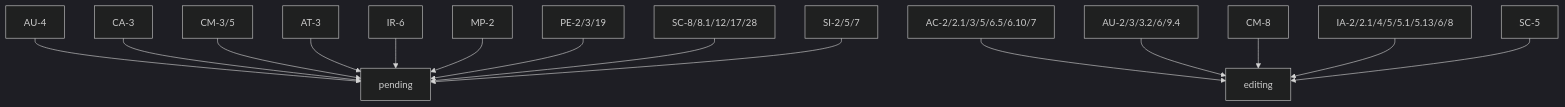
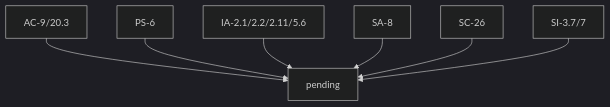
One commit to GoogleCloudPlatform/pbmm-on-gcp-onboarding changed the second of 2 diagrams in docs/google-cloud-security-controls.md. Above: the diagram before and after it, drawn with Mermaid (dark theme). The commit also changed other lines of this file, not shown here.

Commit message:
#2 - p1 remaining security controls AC-9 AC-20.3

````diff
--- a/docs/google-cloud-security-controls.md
+++ b/docs/google-cloud-security-controls.md
@@ -95,27 +94,12 @@
 ```mermaid
 graph TD;
-    AU-4-->pending;
-    CA-3-->pending;
-    CM-3/5-->pending;
+    AC-9/20.3-->pending;
+    PS-6-->pending;
+    IA-2.1/2.2/2.11/5.6-->pending;
     
-    AC-2/2.1/3/5/6.5/6.10/7-->editing;
-    AT-3-->pending;
-    AU-2/3/3.2/6/9.4-->editing;
-
-    CM-8-->editing;
-
-    IA-2/2.1/4/5/5.1/5.13/6/8-->editing;
-    
-    IR-6-->pending;
-    MP-2-->pending;
-    PE-2/3/19-->pending;
-    
-    SC-8/8.1/12/17/28-->pending;
-    
-    SC-5-->editing;
-    
-    SI-2/5/7-->pending;
-    
-    
-
+    SA-8-->pending;
+    SC-26-->pending;
+  
+    SI-3.7/7-->pending;
+  
 ```
````
